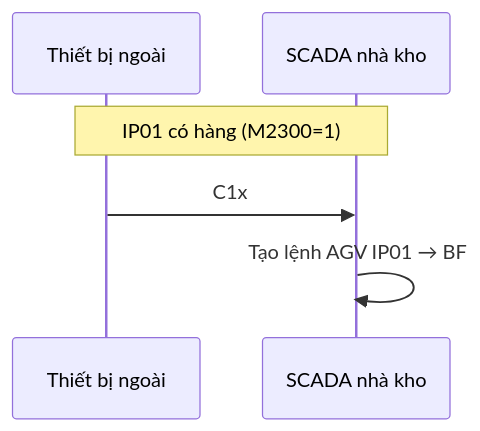
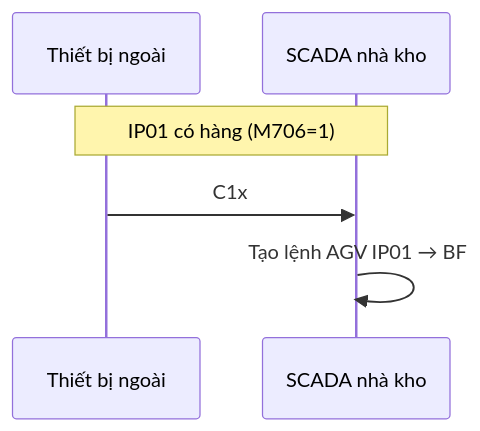
The second of 3 diagrams in SmartWarehouseManagermentSystem/docs/TAI_LIEU_HE_THONG.md (trananh26/MECA2026), drawn with Mermaid before and after one commit. The commit also changed other lines of this file and 6 other files, not shown here.

````diff
--- a/SmartWarehouseManagermentSystem/docs/TAI_LIEU_HE_THONG.md
+++ b/SmartWarehouseManagermentSystem/docs/TAI_LIEU_HE_THONG.md
@@ -90,9 +90,9 @@
 ```mermaid
 sequenceDiagram
     participant Ext as Thiết bị ngoài
     participant SWM as SCADA nhà kho
 
-    Note over Ext,SWM: IP01 có hàng (M2300=1)
+    Note over Ext,SWM: IP01 có hàng (M706=1)
     Ext->>SWM: C1x
     SWM->>SWM: Tạo lệnh AGV IP01 → BF
 ```
````
